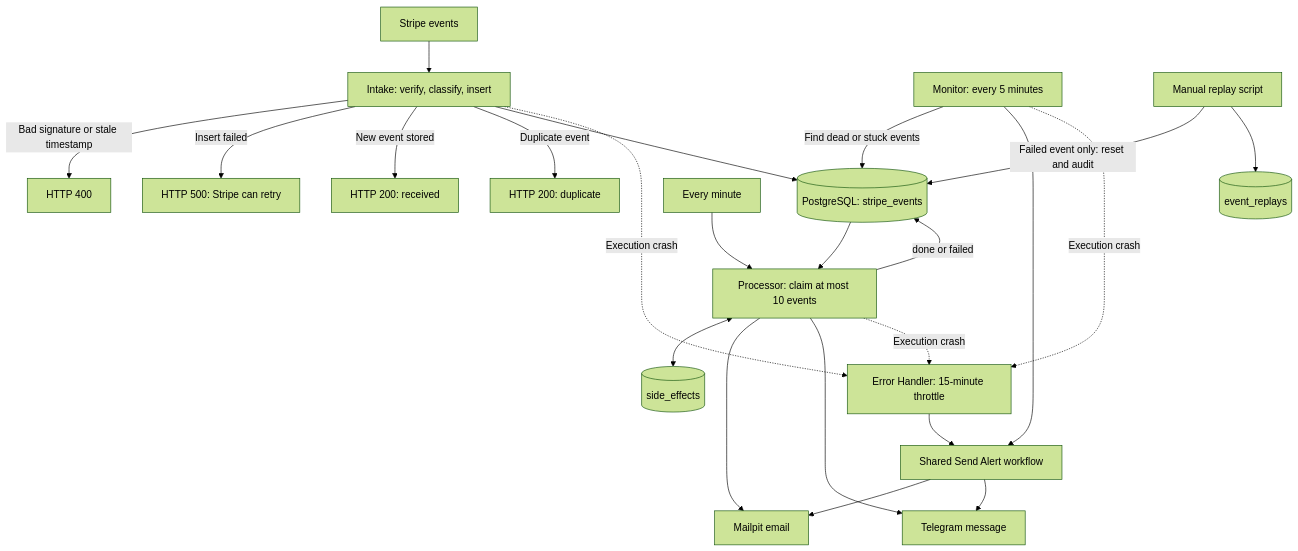
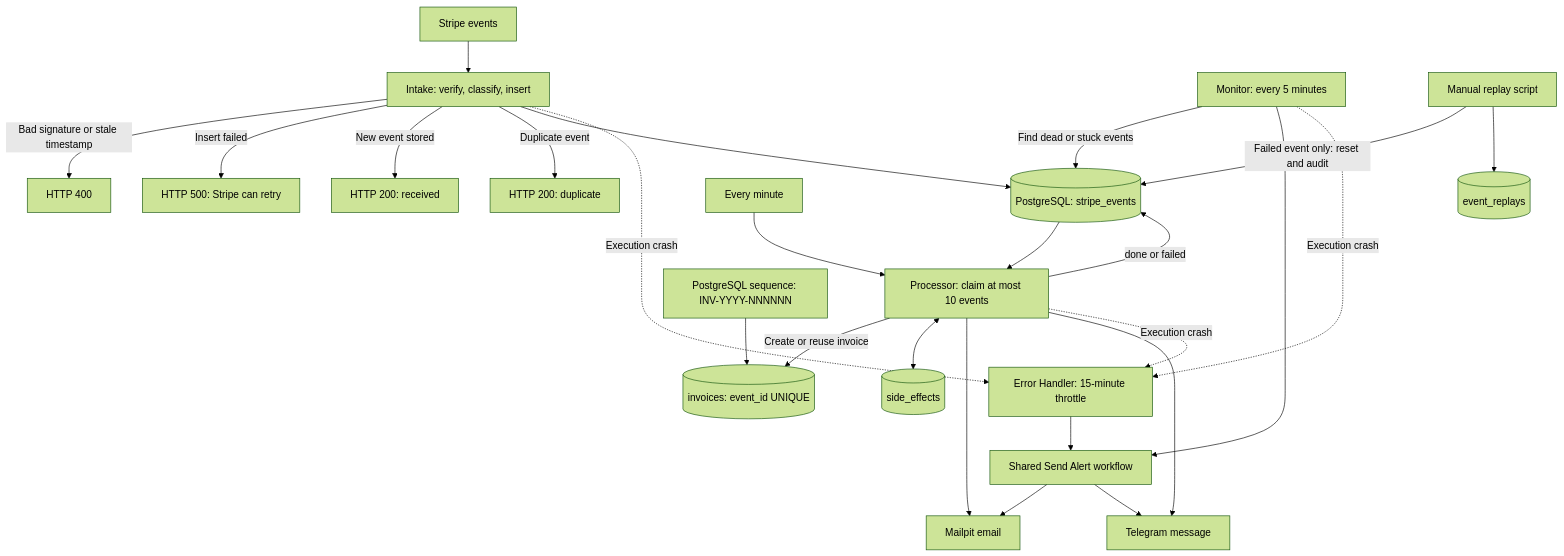
One commit to mahmoudsamae/n8n-automation-platform changed the diagram in README.md. Above: the diagram before and after it, drawn with Mermaid (forest theme). The commit also changed other lines of this file, not shown here.

````diff
--- a/README.md
+++ b/README.md
@@ -11,28 +13,30 @@
 ```mermaid
 flowchart TD
     Stripe[Stripe events] --> Intake[Intake: verify, classify, insert]
     Intake -->|Bad signature or stale timestamp| Bad[HTTP 400]
     Intake -->|Insert failed| Retry[HTTP 500: Stripe can retry]
     Intake -->|New event stored| OK[HTTP 200: received]
     Intake -->|Duplicate event| Duplicate[HTTP 200: duplicate]
     Intake --> DB[(PostgreSQL: stripe_events)]
 
     Tick[Every minute] --> Processor[Processor: claim at most 10 events]
     DB --> Processor
+    Processor -->|Create or reuse invoice| Invoices[(invoices: event_id UNIQUE)]
+    Sequence[PostgreSQL sequence: INV-YYYY-NNNNNN] --> Invoices
     Processor <--> Effects[(side_effects)]
     Processor --> Email[Mailpit email]
     Processor --> Telegram[Telegram message]
     Processor -->|done or failed| DB
 
     Monitor[Monitor: every 5 minutes] -->|Find dead or stuck events| DB
     Monitor --> Sender[Shared Send Alert workflow]
     Intake -. Execution crash .-> Handler[Error Handler: 15-minute throttle]
     Processor -. Execution crash .-> Handler
     Monitor -. Execution crash .-> Handler
     Handler --> Sender
     Sender --> Email
     Sender --> Telegram
 
     Replay[Manual replay script] -->|Failed event only: reset and audit| DB
     Replay --> Audit[(event_replays)]
 ```
````
